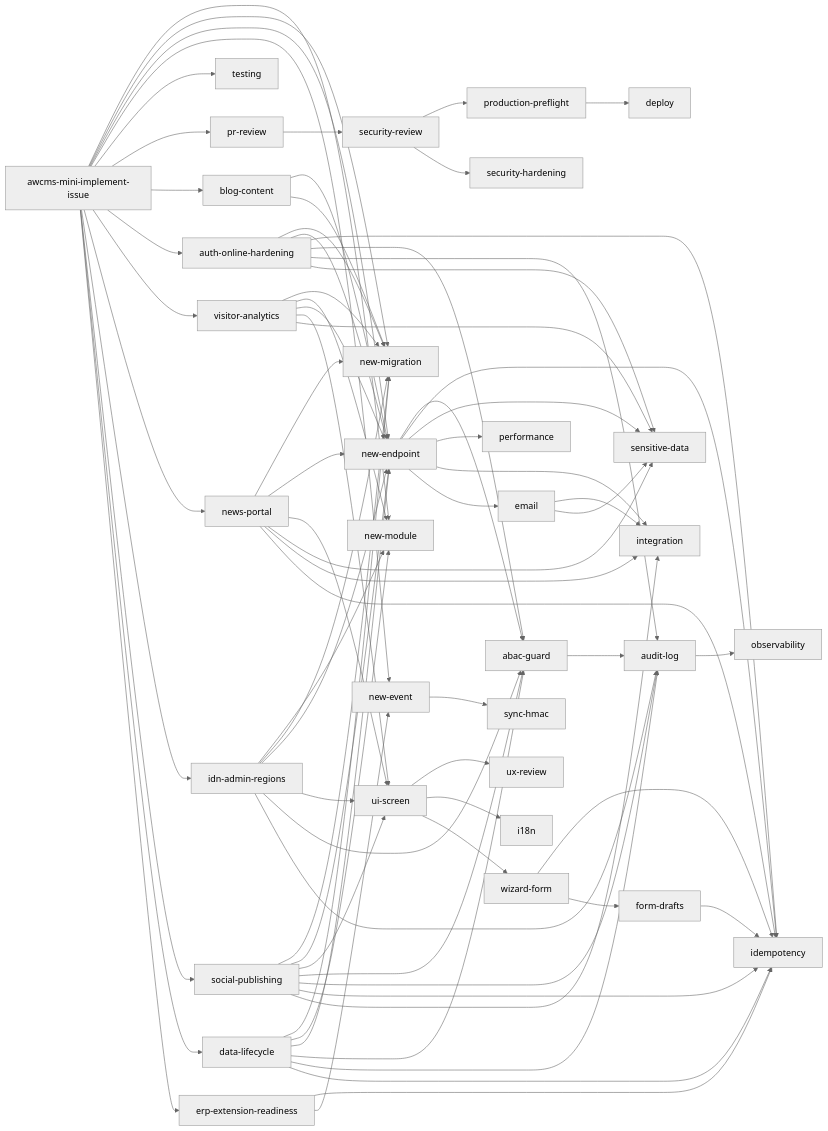
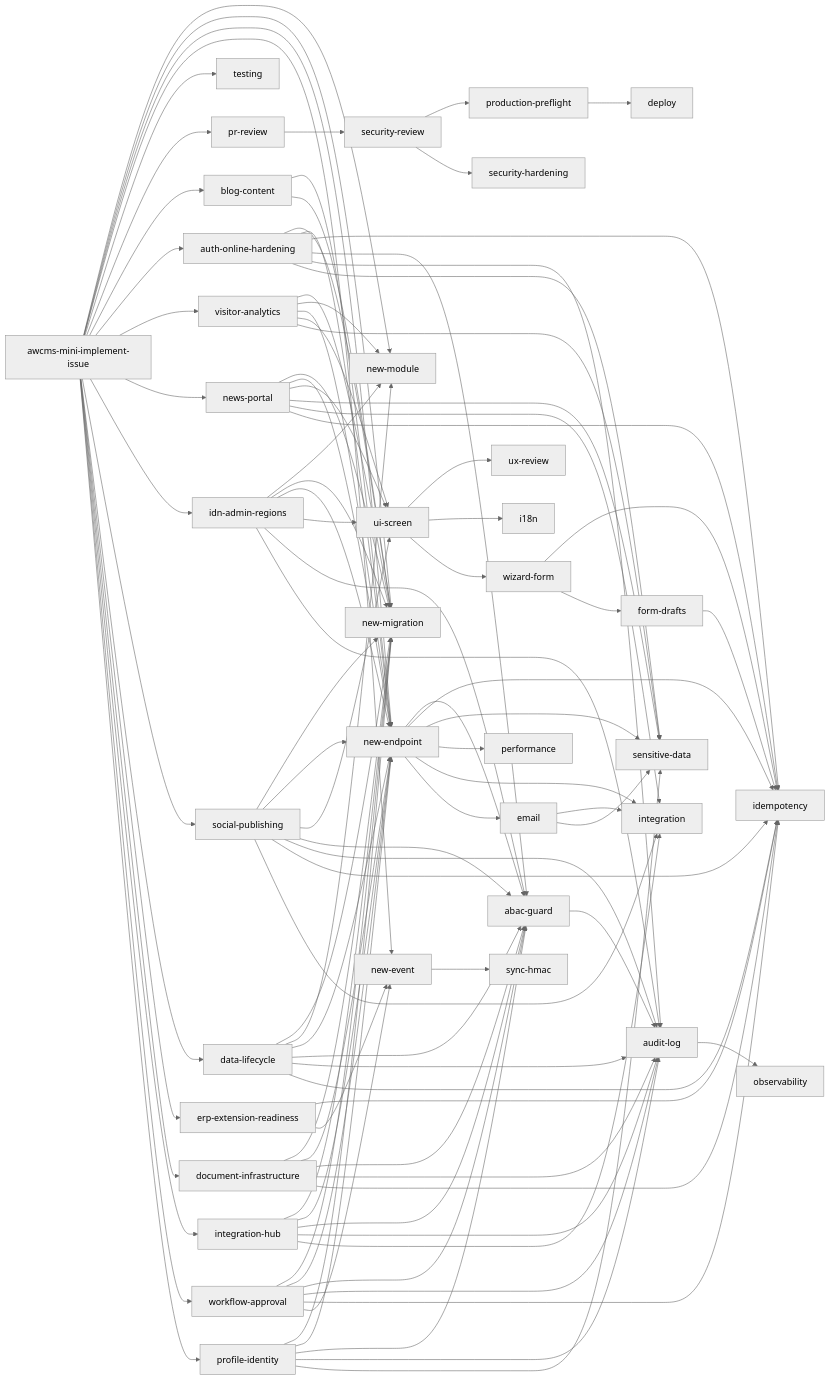
One commit to ahliweb/awcms-mini changed the third of 5 diagrams in AGENTS.md. Above: the diagram before and after it, drawn with Mermaid (neutral theme). The commit also changed other lines of this file and 38 other files, not shown here.

````diff
--- a/AGENTS.md
+++ b/AGENTS.md
@@ -222,4 +226,29 @@
   II --> ERPX[erp-extension-readiness]
   ERPX --> IDEM
   ERPX --> EV
+  II --> DOCI[document-infrastructure]
+  DOCI --> MIG
+  DOCI --> EP
+  DOCI --> ABAC
+  DOCI --> AUD
+  DOCI --> IDEM
+  II --> IH[integration-hub]
+  IH --> MIG
+  IH --> EP
+  IH --> ABAC
+  IH --> AUD
+  IH --> INT
+  II --> WF[workflow-approval]
+  WF --> MIG
+  WF --> EP
+  WF --> ABAC
+  WF --> AUD
+  WF --> IDEM
+  WF --> EV
+  II --> PI[profile-identity]
+  PI --> MIG
+  PI --> EP
+  PI --> ABAC
+  PI --> AUD
+  PI --> SD
 ```
````
